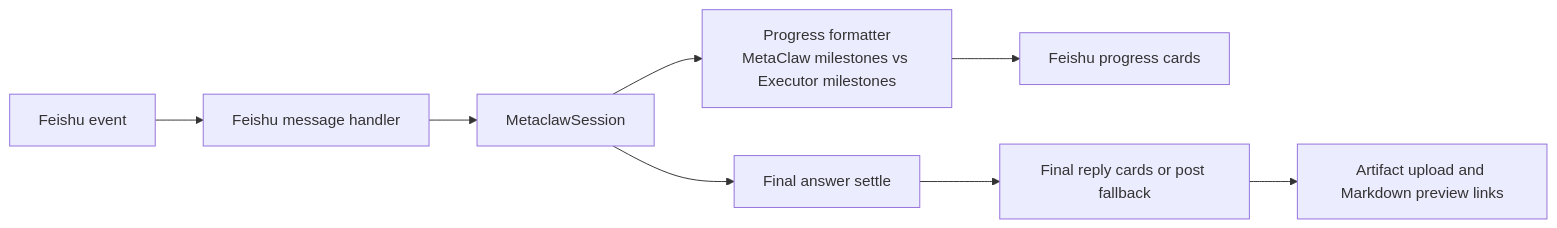
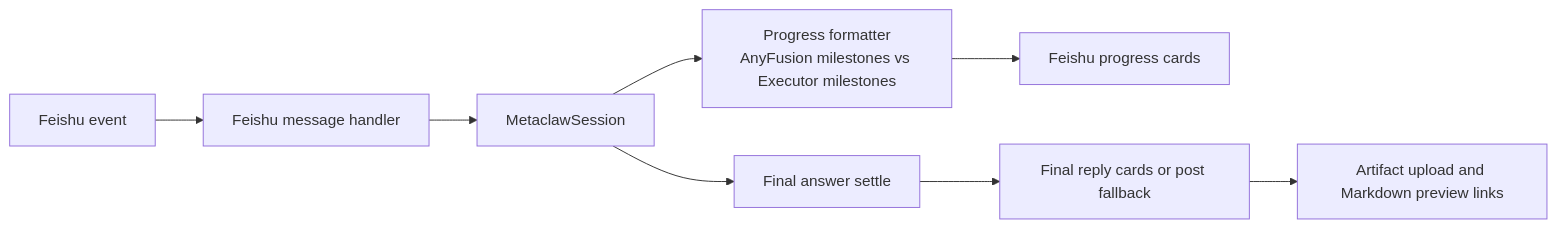
The fourth of 4 diagrams in docs/current/technical-overview.md (IFOSR/metawork), drawn with Mermaid before and after one commit. The commit also changed other lines of this file and 15 other files, not shown here.

Commit message:
feat: prepare AnyFusion public preview

````diff
--- a/docs/current/technical-overview.md
+++ b/docs/current/technical-overview.md
@@ -118,10 +118,10 @@
 ```mermaid
 flowchart LR
   Feishu[Feishu event] --> Handler[Feishu message handler]
   Handler --> Session[MetaclawSession]
-  Session --> Progress[Progress formatter<br/>MetaClaw milestones vs Executor milestones]
+  Session --> Progress[Progress formatter<br/>AnyFusion milestones vs Executor milestones]
   Progress --> Cards[Feishu progress cards]
   Session --> Final[Final answer settle]
   Final --> Reply[Final reply cards or post fallback]
   Reply --> Files[Artifact upload and Markdown preview links]
 ```
````
